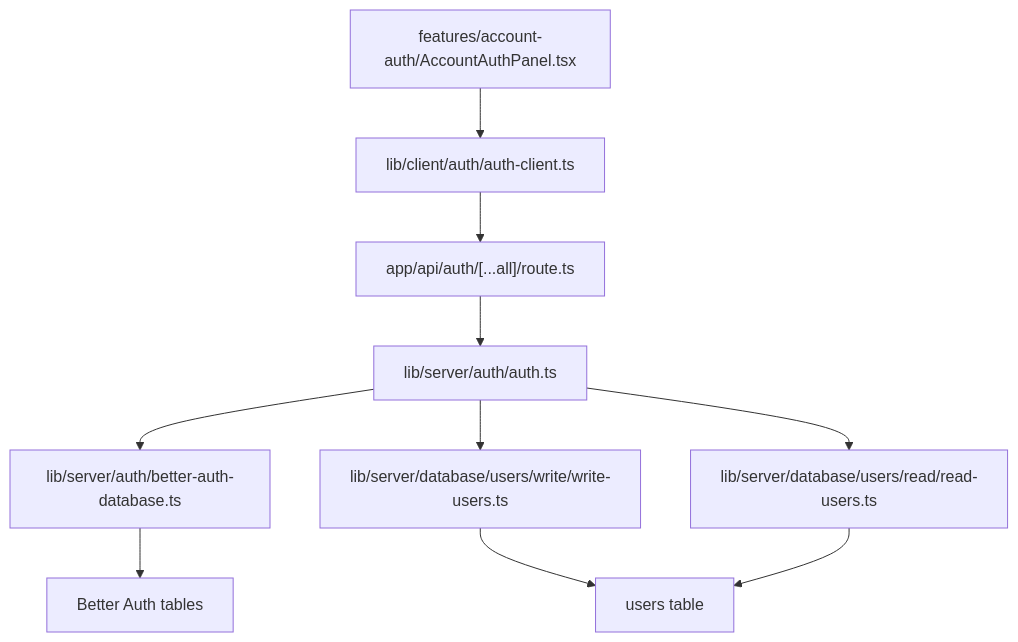
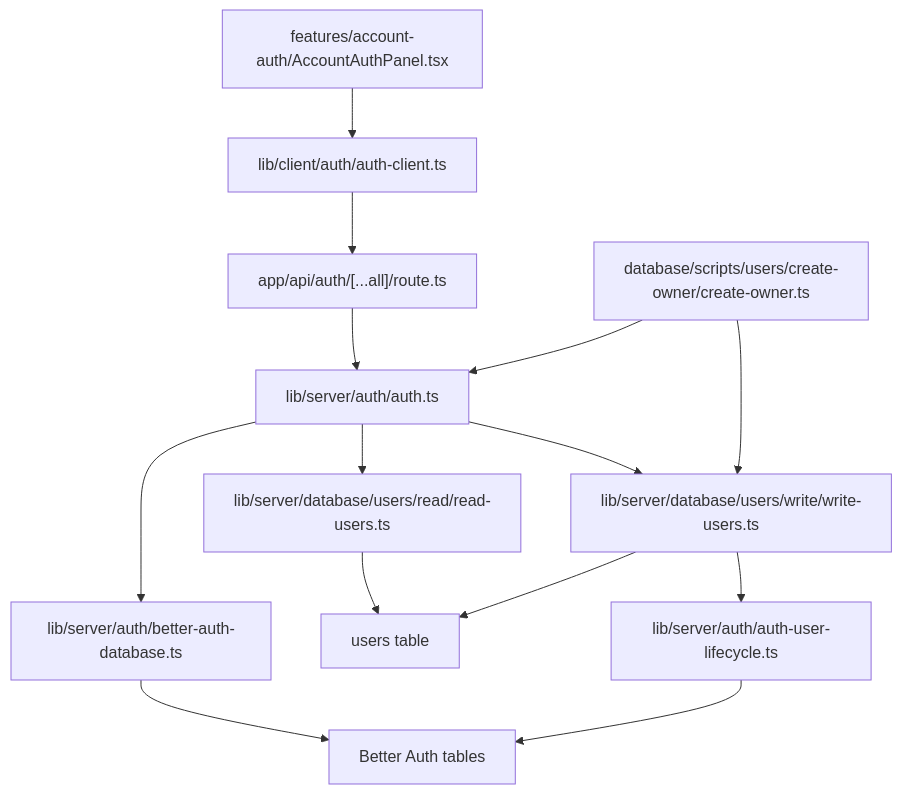
Before and after one commit to bucketb0t/Earth_In_Sound: the eighth of 20 diagrams in PROJECT_LEARNING_FLOW.md, drawn with Mermaid. The commit also changed other lines of this file and 20 other files, not shown here.

Commit message:
Disabled users are actually logged out, navbar uses the real session, the database prevents multiple owners

````diff
--- a/PROJECT_LEARNING_FLOW.md
+++ b/PROJECT_LEARNING_FLOW.md
@@ -1693,22 +1714,28 @@
 ```mermaid
 flowchart TD
   AccountPanel["features/account-auth/AccountAuthPanel.tsx"]
   AuthClient["lib/client/auth/auth-client.ts"]
   AuthRoute["app/api/auth/[...all]/route.ts"]
   AuthServer["lib/server/auth/auth.ts"]
   BetterAuthDB["lib/server/auth/better-auth-database.ts"]
   BetterAuthTables["Better Auth tables"]
   UserRead["lib/server/database/users/read/read-users.ts"]
   UserWrite["lib/server/database/users/write/write-users.ts"]
+  AuthLifecycle["lib/server/auth/auth-user-lifecycle.ts"]
+  OwnerSetup["database/scripts/users/create-owner/create-owner.ts"]
   ProjectUsers["users table"]
 
   AccountPanel --> AuthClient
   AuthClient --> AuthRoute
   AuthRoute --> AuthServer
   AuthServer --> BetterAuthDB
   BetterAuthDB --> BetterAuthTables
   AuthServer --> UserRead
   AuthServer --> UserWrite
   UserWrite --> ProjectUsers
   UserRead --> ProjectUsers
+  UserWrite --> AuthLifecycle
+  AuthLifecycle --> BetterAuthTables
+  OwnerSetup --> AuthServer
+  OwnerSetup --> UserWrite
 ```
````
